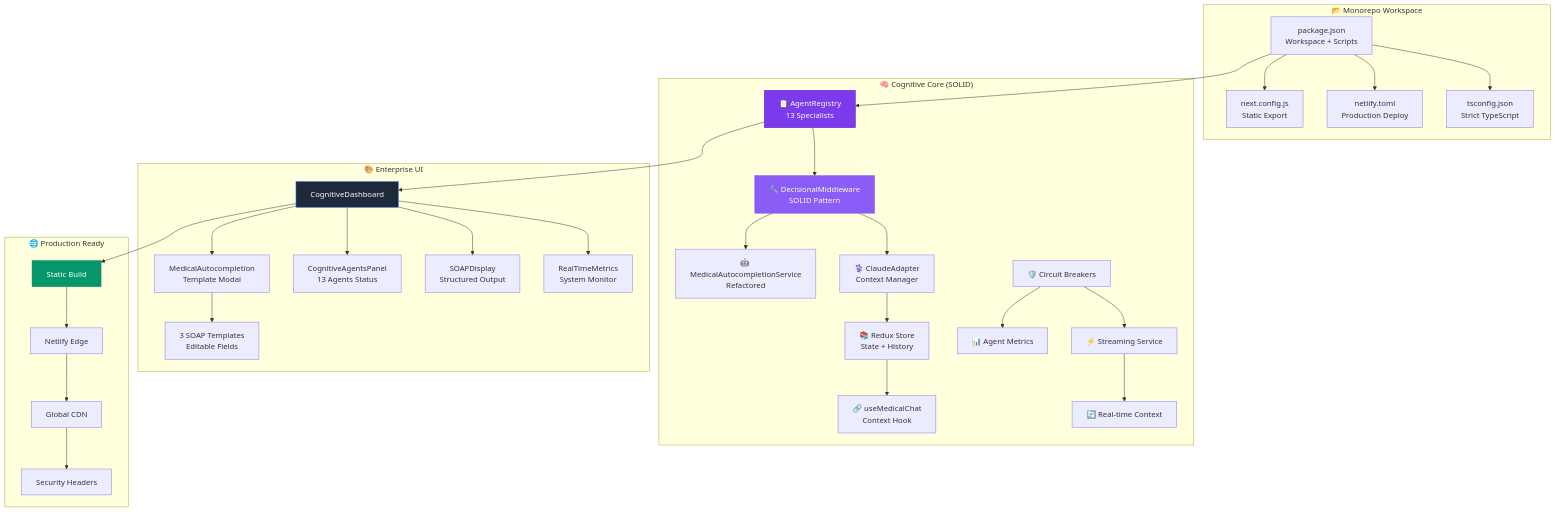
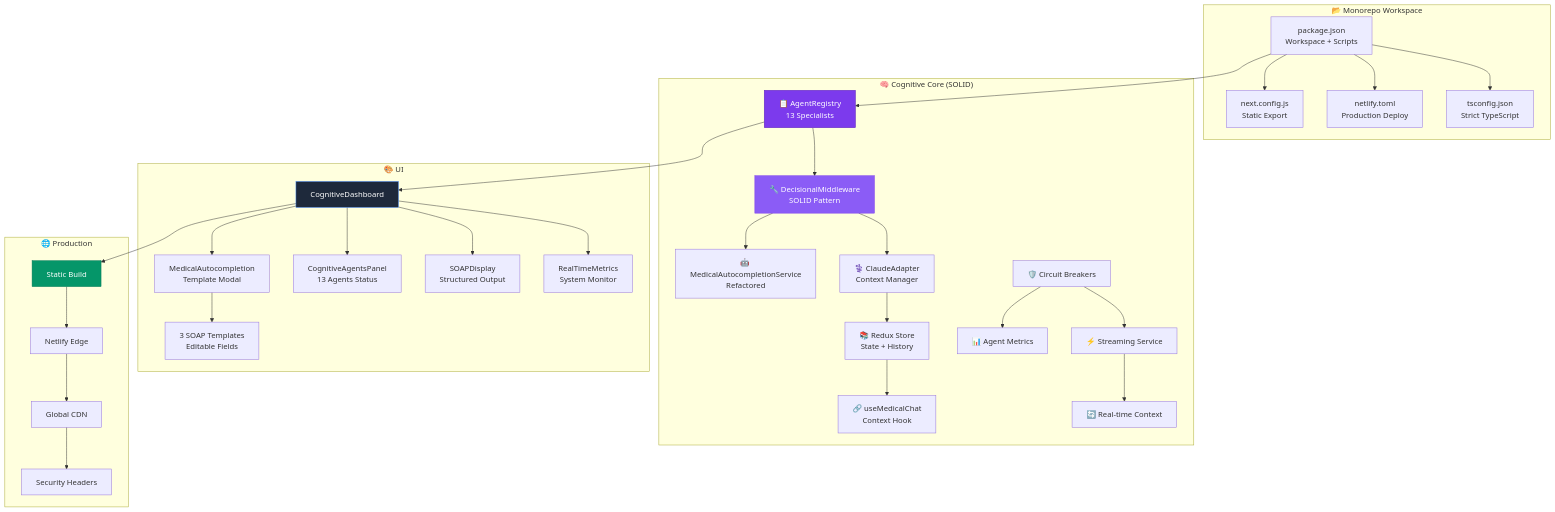
Before and after one commit to BernardUriza/redux-claude: the fourth of 4 diagrams in README.md, drawn with Mermaid. The commit also changed other lines of this file, not shown here.

````diff
--- a/README.md
+++ b/README.md
@@ -273,43 +270,43 @@
 ```mermaid
 graph TB
     subgraph "📂 Monorepo Workspace"
         A[package.json<br/>Workspace + Scripts] --> B[next.config.js<br/>Static Export]
         A --> C[netlify.toml<br/>Production Deploy]
         A --> D[tsconfig.json<br/>Strict TypeScript]
     end
 
     subgraph "🧠 Cognitive Core (SOLID)"
         E[📋 AgentRegistry<br/>13 Specialists] --> F[🔧 DecisionalMiddleware<br/>SOLID Pattern]
         F --> G[🤖 MedicalAutocompletionService<br/>Refactored]
         F --> H[⚕️ ClaudeAdapter<br/>Context Manager]
         H --> I[📚 Redux Store<br/>State + History]
         I --> J[🔗 useMedicalChat<br/>Context Hook]
 
         K[🛡️ Circuit Breakers] --> L[📊 Agent Metrics]
         K --> M[⚡ Streaming Service]
         M --> N[🔄 Real-time Context]
     end
 
-    subgraph "🎨 Enterprise UI"
+    subgraph "🎨 UI"
         O[CognitiveDashboard] --> P[MedicalAutocompletion<br/>Template Modal]
         O --> Q[CognitiveAgentsPanel<br/>13 Agents Status]
         O --> R[SOAPDisplay<br/>Structured Output]
         O --> S[RealTimeMetrics<br/>System Monitor]
         P --> T[3 SOAP Templates<br/>Editable Fields]
     end
 
-    subgraph "🌐 Production Ready"
+    subgraph "🌐 Production"
         U[Static Build] --> V[Netlify Edge]
         V --> W[Global CDN]
         W --> X[Security Headers]
     end
 
     A --> E
     E --> O
     O --> U
 
     style E fill:#7c3aed,stroke:#5b21b6,color:#fff
     style F fill:#8b5cf6,stroke:#7c3aed,color:#fff
     style O fill:#1e293b,stroke:#3b82f6,color:#fff
     style U fill:#059669,stroke:#047857,color:#fff
 ```
````
